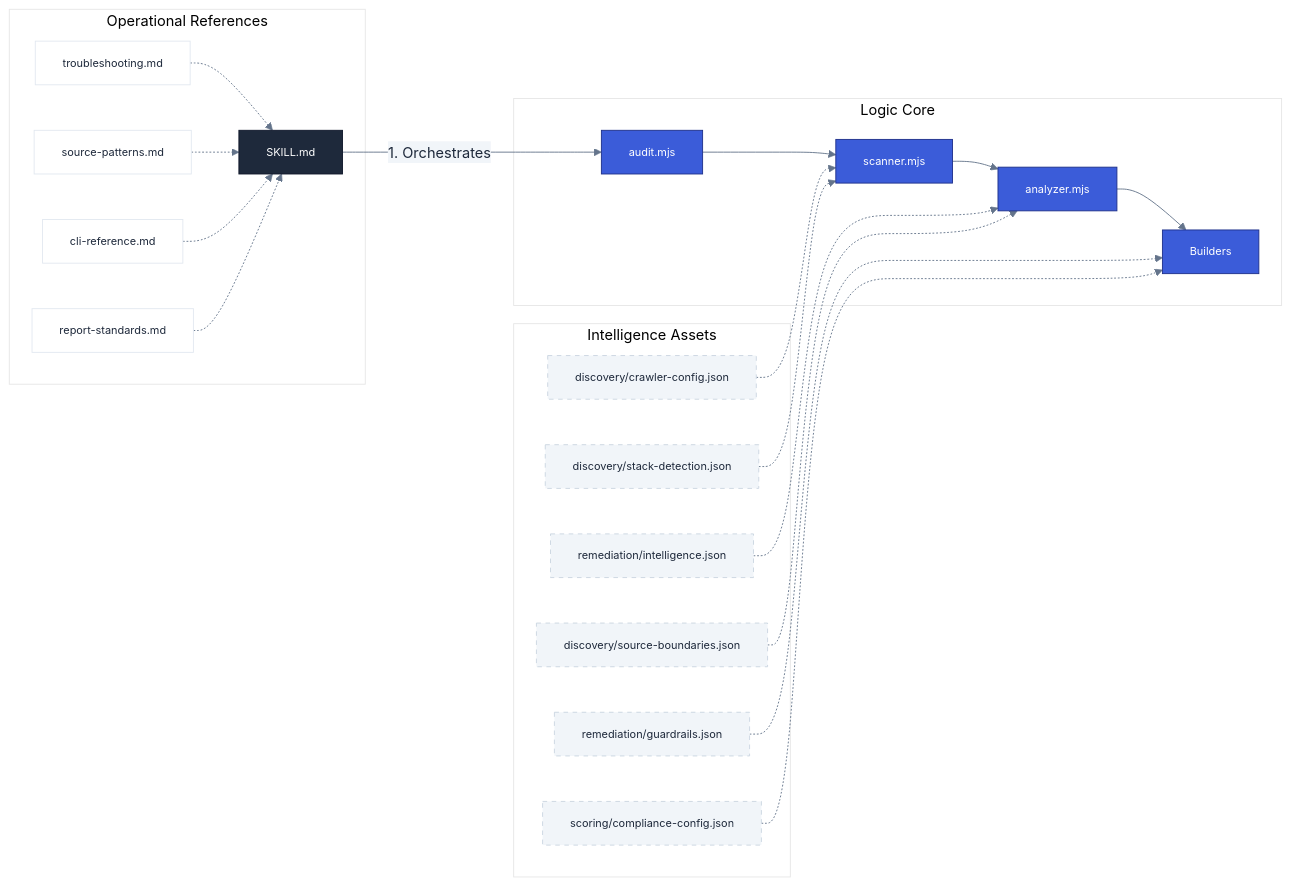
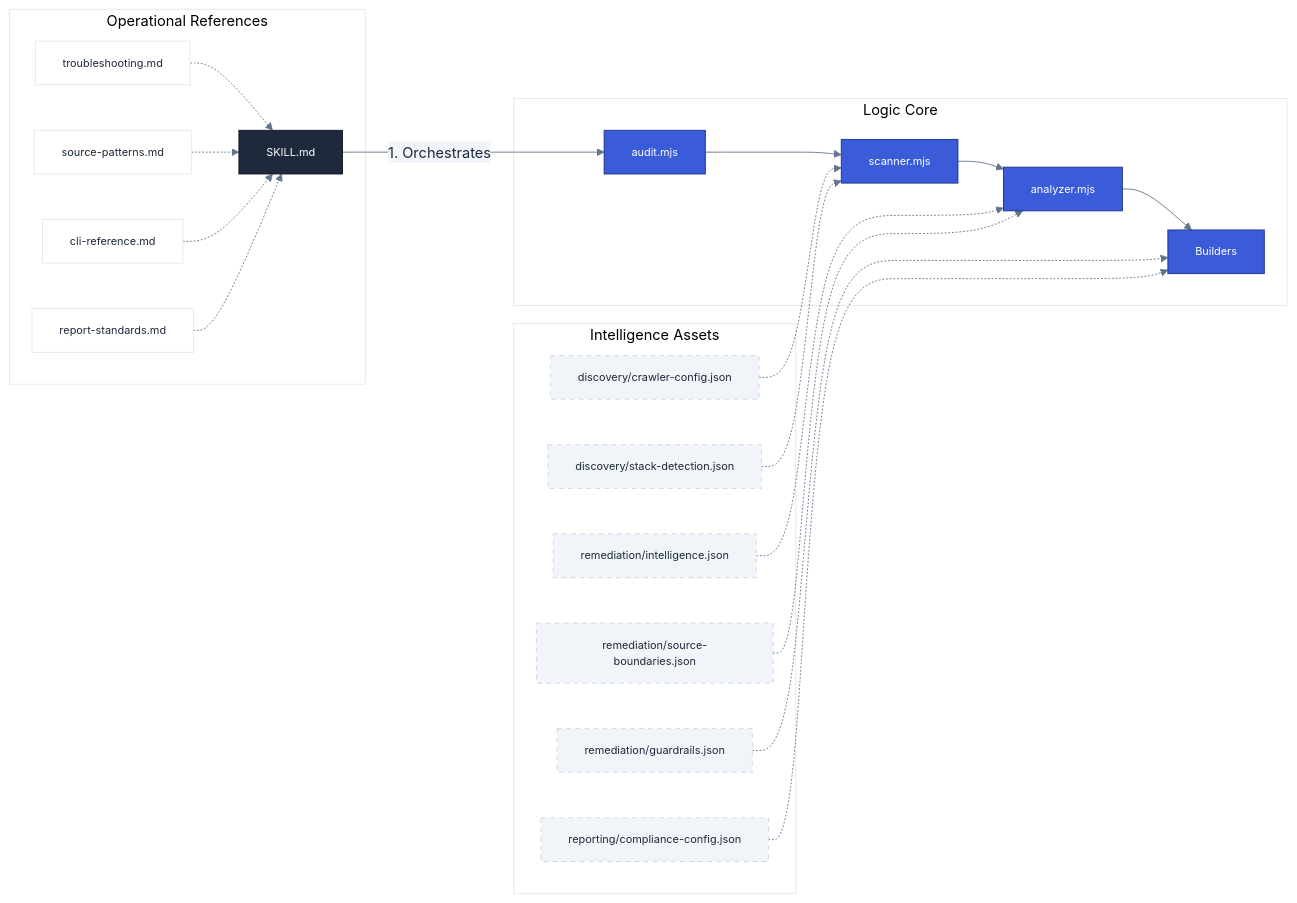
The second of 2 diagrams in docs/engine-manifest.md (diegovelasquezweb/a11y-skill), drawn with Mermaid before and after one commit. The commit also changed other lines of this file and 11 other files, not shown here.

Commit message:
refactor: Relocate compliance and WCAG reference assets to `reporting` and source boundaries to `remediation`.

````diff
--- a/docs/engine-manifest.md
+++ b/docs/engine-manifest.md
@@ -115,36 +115,36 @@
 ```mermaid
 %%{init: { 'theme': 'base', 'themeVariables': { 'primaryColor': '#3b5cd9', 'primaryTextColor': '#1e293b', 'primaryBorderColor': '#1e308a', 'lineColor': '#64748b', 'secondaryColor': '#f1f5f9', 'tertiaryColor': '#fff', 'mainBkg': '#fff', 'nodeBorder': '#e2e8f0' } } }%%
 flowchart LR
     A[SKILL.md] -- "1. Orchestrates" --> B[audit.mjs]
 
     subgraph Engine ["Logic Core"]
         B --> C[scanner.mjs]
         C --> D[analyzer.mjs]
         D --> E[Builders]
     end
 
     subgraph Data ["Intelligence Assets"]
         AS1[discovery/crawler-config.json] -.-> C
         AS2[discovery/stack-detection.json] -.-> C
         AS3[remediation/intelligence.json] -.-> D
-        AS4[discovery/source-boundaries.json] -.-> D
+        AS4[remediation/source-boundaries.json] -.-> D
         AS5[remediation/guardrails.json] -.-> E
-        AS6[scoring/compliance-config.json] -.-> E
+        AS6[reporting/compliance-config.json] -.-> E
     end
 
     subgraph Knowledge ["Operational References"]
         R1[troubleshooting.md] -.-> A
         R2[source-patterns.md] -.-> A
         R3[cli-reference.md] -.-> A
         R4[report-standards.md] -.-> A
     end
 
     classDef default font-family:Inter,sans-serif,font-size:12px;
     classDef playbook fill:#1e293b,color:#fff,stroke:#0f172a;
     classDef core fill:#3b5cd9,color:#fff,stroke:#1e308a;
     classDef storage fill:#f1f5f9,stroke:#cbd5e1,stroke-dasharray: 5 5;
 
     class A playbook;
     class B,C,D,E core;
     class AS1,AS2,AS3,AS4,AS5,AS6,AS7 storage;
 ```
````
